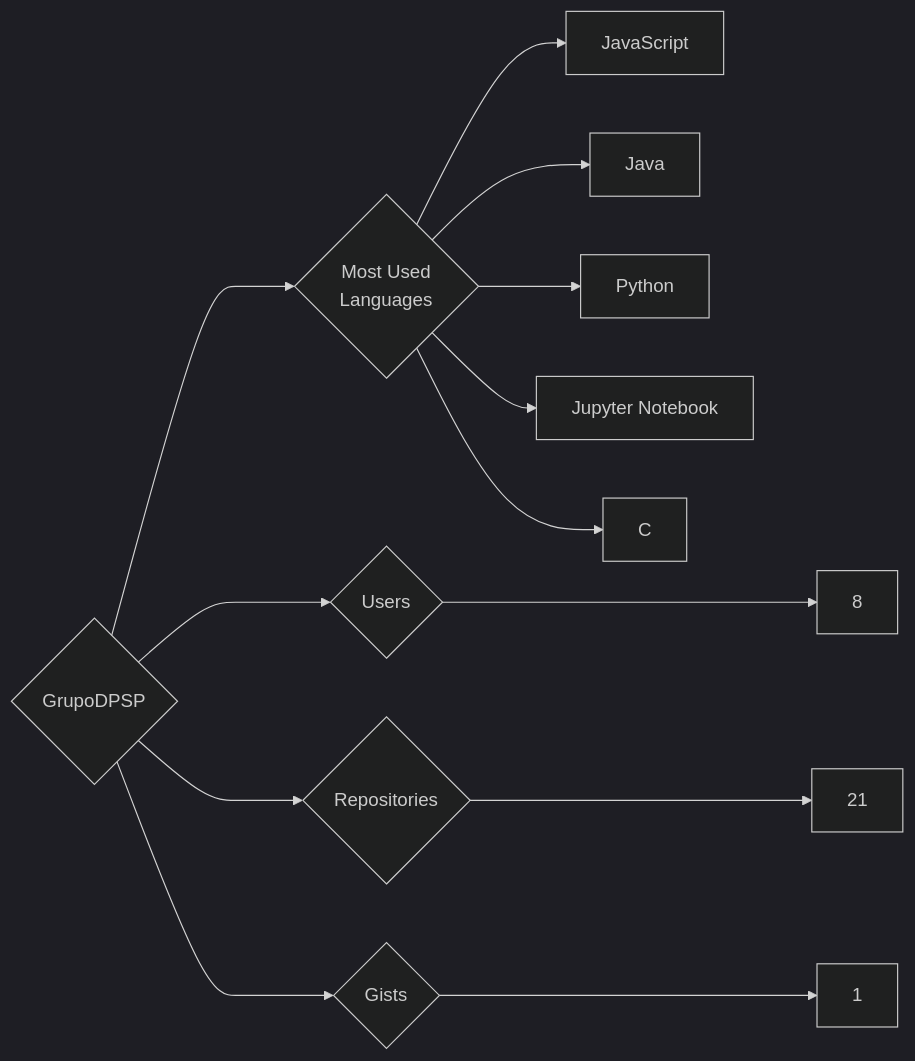
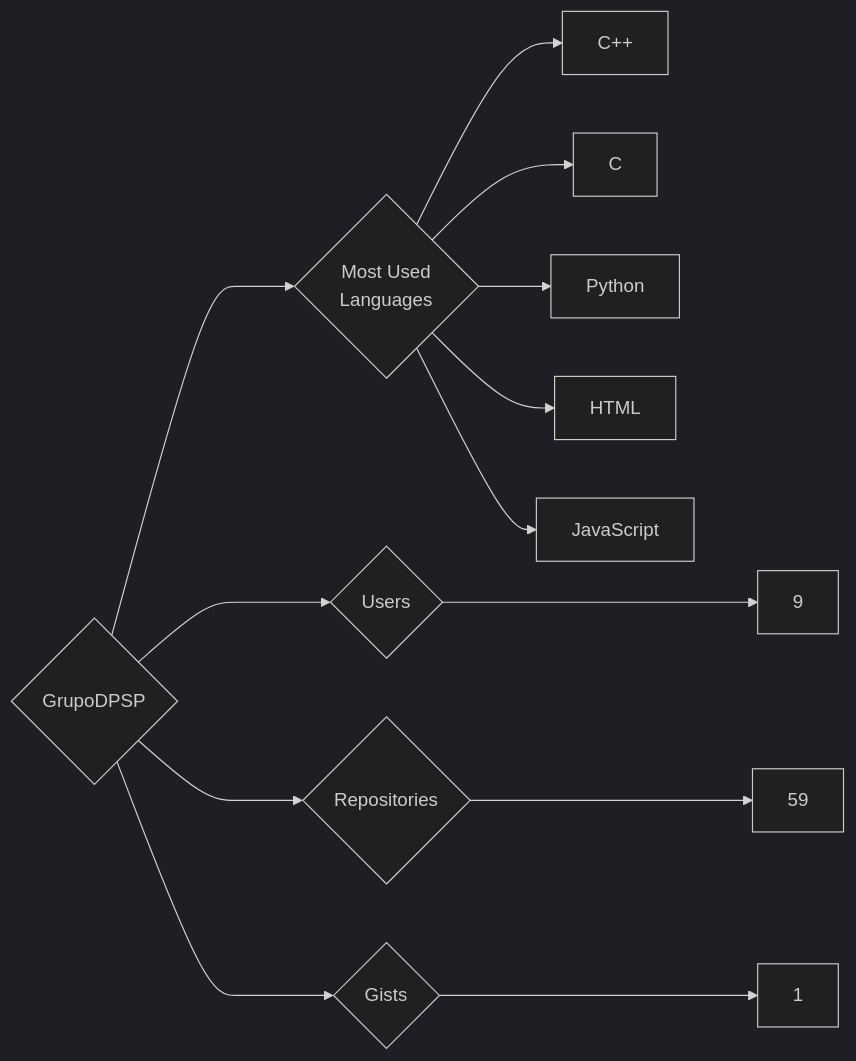
One commit to trickest/insiders changed the diagram in targets/GrupoDPSP/README.md. Above: the diagram before and after it, drawn with Mermaid (dark theme). The commit also changed 1175 other files, not shown here.

````diff
--- a/targets/GrupoDPSP/README.md
+++ b/targets/GrupoDPSP/README.md
@@ -3,13 +3,13 @@
 ```mermaid
 graph LR
 COMPANY_NAME{GrupoDPSP}
-COMPANY_NAME ---> U{Users} ---> UN[8]
-COMPANY_NAME ---> R{Repositories} ---> RN[21]
+COMPANY_NAME ---> U{Users} ---> UN[9]
+COMPANY_NAME ---> R{Repositories} ---> RN[59]
 COMPANY_NAME ---> G{Gists} ---> GN[1]
 COMPANY_NAME ---> ML{Most Used<br>Languages}
+ML --> C++[C++]
+ML --> C[C]
+ML --> Python[Python]
+ML --> HTML[HTML]
 ML --> JavaScript[JavaScript]
-ML --> Java[Java]
-ML --> Python[Python]
-ML --> Jupyter_Notebook[Jupyter Notebook]
-ML --> C[C]
 ```
````
